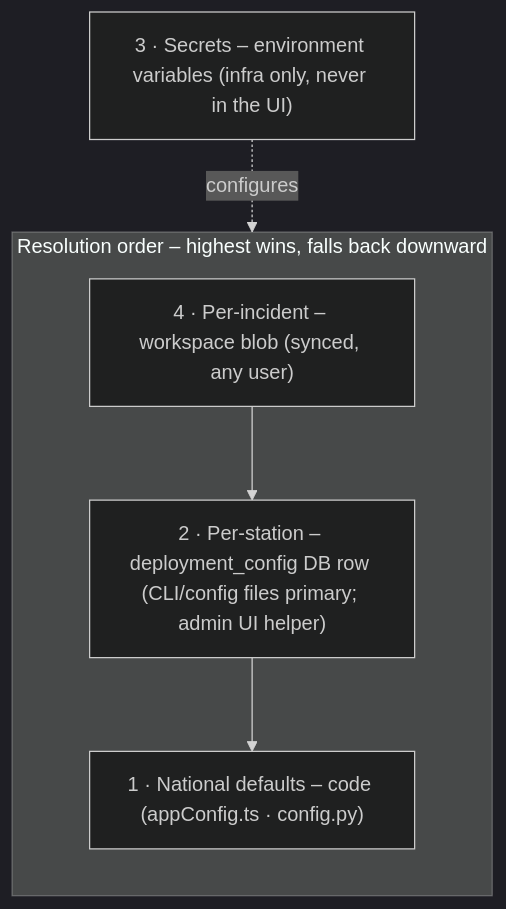
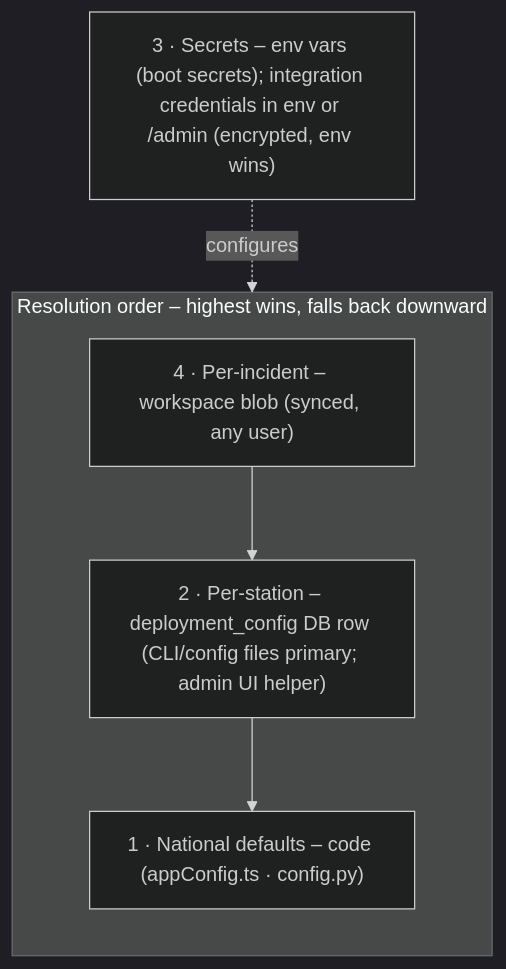
The third of 5 diagrams in docs/ARCHITECTURE.md (feuerwehr-oberwil/kp-front), drawn with Mermaid (dark theme) before and after one commit. The commit also changed other lines of this file and 4 other files, not shown here.

First line of the commit message:
docs(architecture): add a one-page overview drawing and bring ARCHITECTURE.md up to date

````diff
--- a/docs/ARCHITECTURE.md
+++ b/docs/ARCHITECTURE.md
@@ -181,12 +264,12 @@
 ```mermaid
 flowchart TB
   subgraph PREC["Resolution order – highest wins, falls back downward"]
     direction TB
     L4["4 · Per-incident – workspace blob (synced, any user)"]
     L2["2 · Per-station – deployment_config DB row (CLI/config files primary; admin UI helper)"]
     L1["1 · National defaults – code (appConfig.ts · config.py)"]
     L4 --> L2 --> L1
   end
-  L3["3 · Secrets – environment variables (infra only, never in the UI)"]
+  L3["3 · Secrets – env vars (boot secrets); integration credentials in env or /admin (encrypted, env wins)"]
   L3 -. "configures" .-> L2
 ```
````
